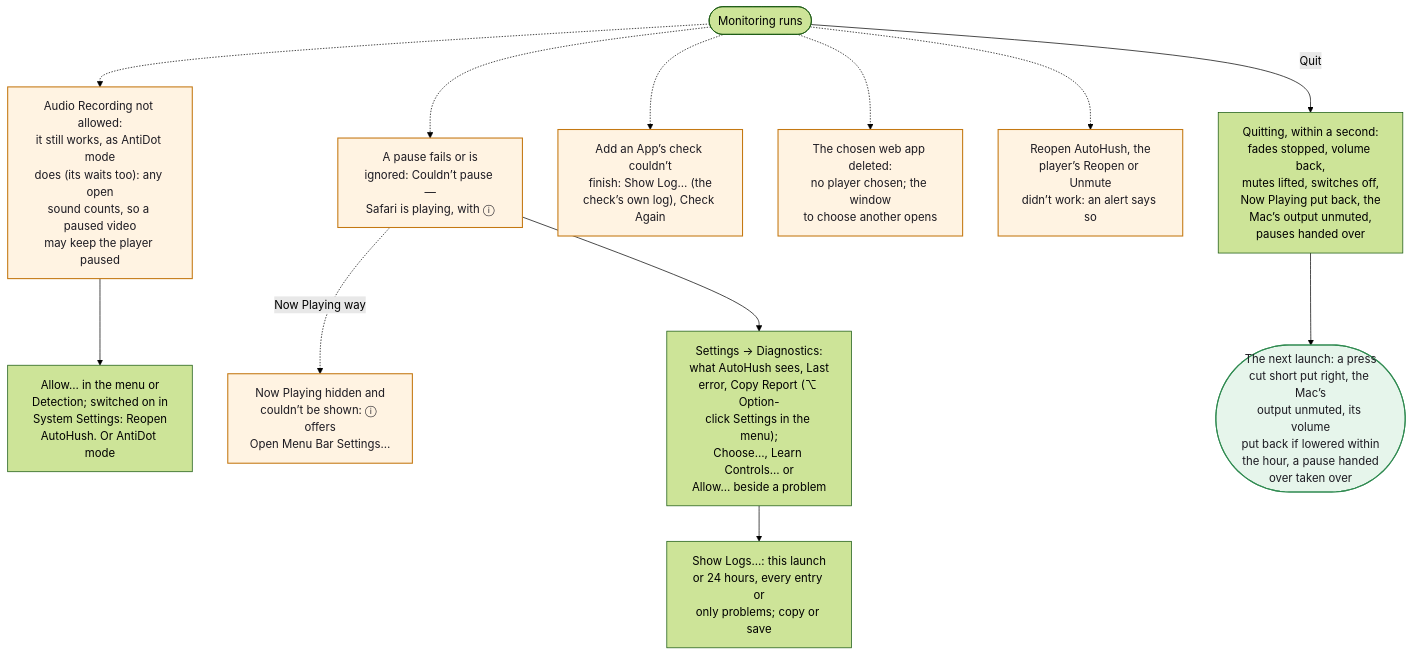
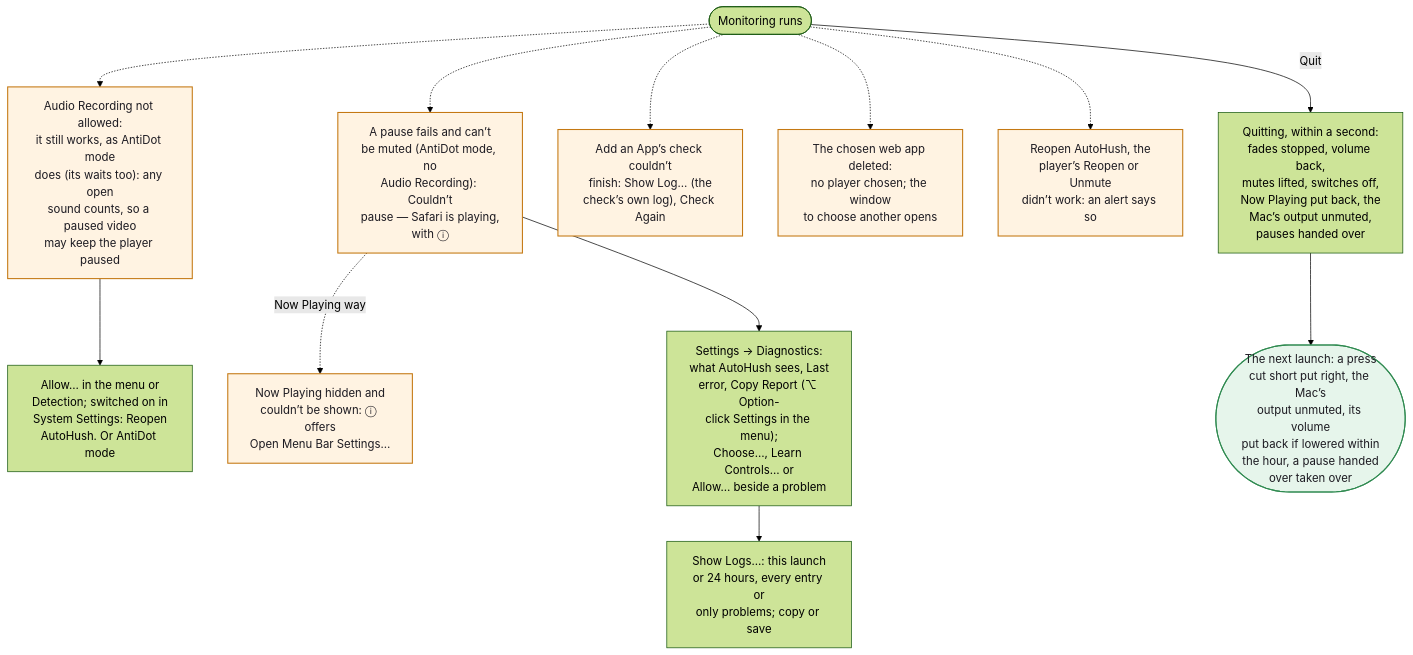
Diagram 14 of 14 in WORKFLOWS.md (hfustercabre/AutoHush), drawn with Mermaid (forest theme) before and after one commit. The commit also changed other lines of this file and 53 other files, not shown here.

````diff
--- a/WORKFLOWS.md
+++ b/WORKFLOWS.md
@@ -733,29 +737,29 @@
 ```mermaid
 flowchart TD
   R(["Monitoring runs"])
   AUD["Audio Recording not allowed:<br/>it still works, as AntiDot mode<br/>does (its waits too): any open<br/>sound counts, so a paused video<br/>may keep the player paused"]
   AUDF["Allow… in the menu or<br/>Detection; switched on in<br/>System Settings: Reopen<br/>AutoHush. Or AntiDot mode"]
-  PF["A pause fails or is<br/>ignored: Couldn’t pause —<br/>Safari is playing, with ⓘ"]
+  PF["A pause fails and can’t<br/>be muted (AntiDot mode, no<br/>Audio Recording): Couldn’t<br/>pause — Safari is playing,<br/>with ⓘ"]
   NPH["Now Playing hidden and<br/>couldn’t be shown: ⓘ offers<br/>Open Menu Bar Settings…"]
   DIAG["Settings → Diagnostics:<br/>what AutoHush sees, Last<br/>error, Copy Report (⌥ Option-<br/>click Settings in the menu);<br/>Choose…, Learn Controls… or<br/>Allow… beside a problem"]
   LOGS["Show Logs…: this launch<br/>or 24 hours, every entry or<br/>only problems; copy or save"]
   CHK["Add an App’s check couldn’t<br/>finish: Show Log… (the<br/>check’s own log), Check Again"]
   DEL["The chosen web app deleted:<br/>no player chosen; the window<br/>to choose another opens"]
   FAILS["Reopen AutoHush, the<br/>player’s Reopen or Unmute<br/>didn’t work: an alert says so"]
   QUIT["Quitting, within a second:<br/>fades stopped, volume back,<br/>mutes lifted, switches off,<br/>Now Playing put back, the<br/>Mac’s output unmuted,<br/>pauses handed over"]
   NEXT(["The next launch: a press<br/>cut short put right, the Mac’s<br/>output unmuted, its volume<br/>put back if lowered within<br/>the hour, a pause handed<br/>over taken over"])
 
   R -.-> AUD --> AUDF
   R -.-> PF
   PF -.->|"Now Playing way"| NPH
   PF --> DIAG --> LOGS
   R -.-> CHK
   R -.-> DEL
   R -.-> FAILS
   R -->|"Quit"| QUIT --> NEXT
 
   class AUD,PF,NPH,CHK,DEL,FAILS warn
   class NEXT done
   classDef warn fill:#fff3e2,stroke:#c47812,stroke-width:1.5px,color:#1d1b22
   classDef done fill:#e6f5eb,stroke:#2f8a50,stroke-width:1.5px,color:#1d1b22
 ```
````
